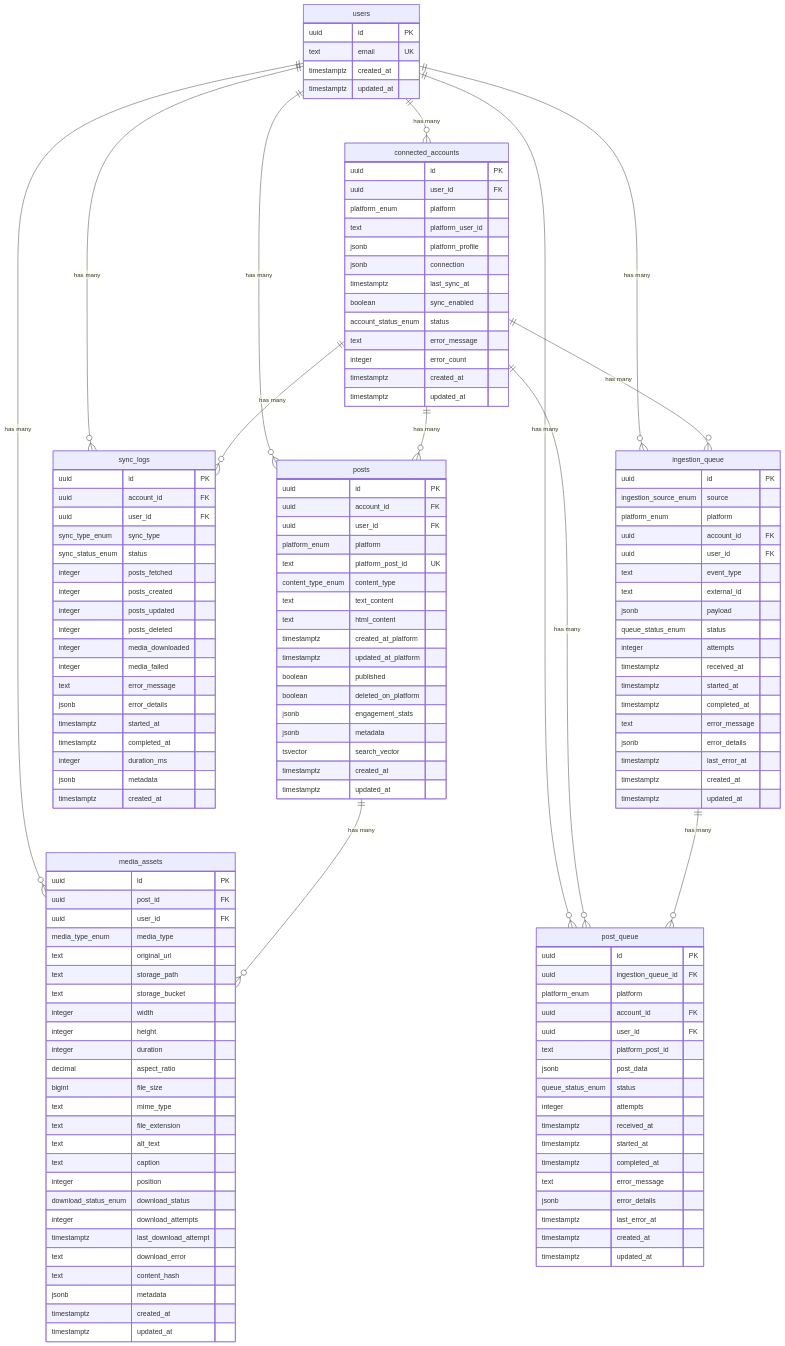
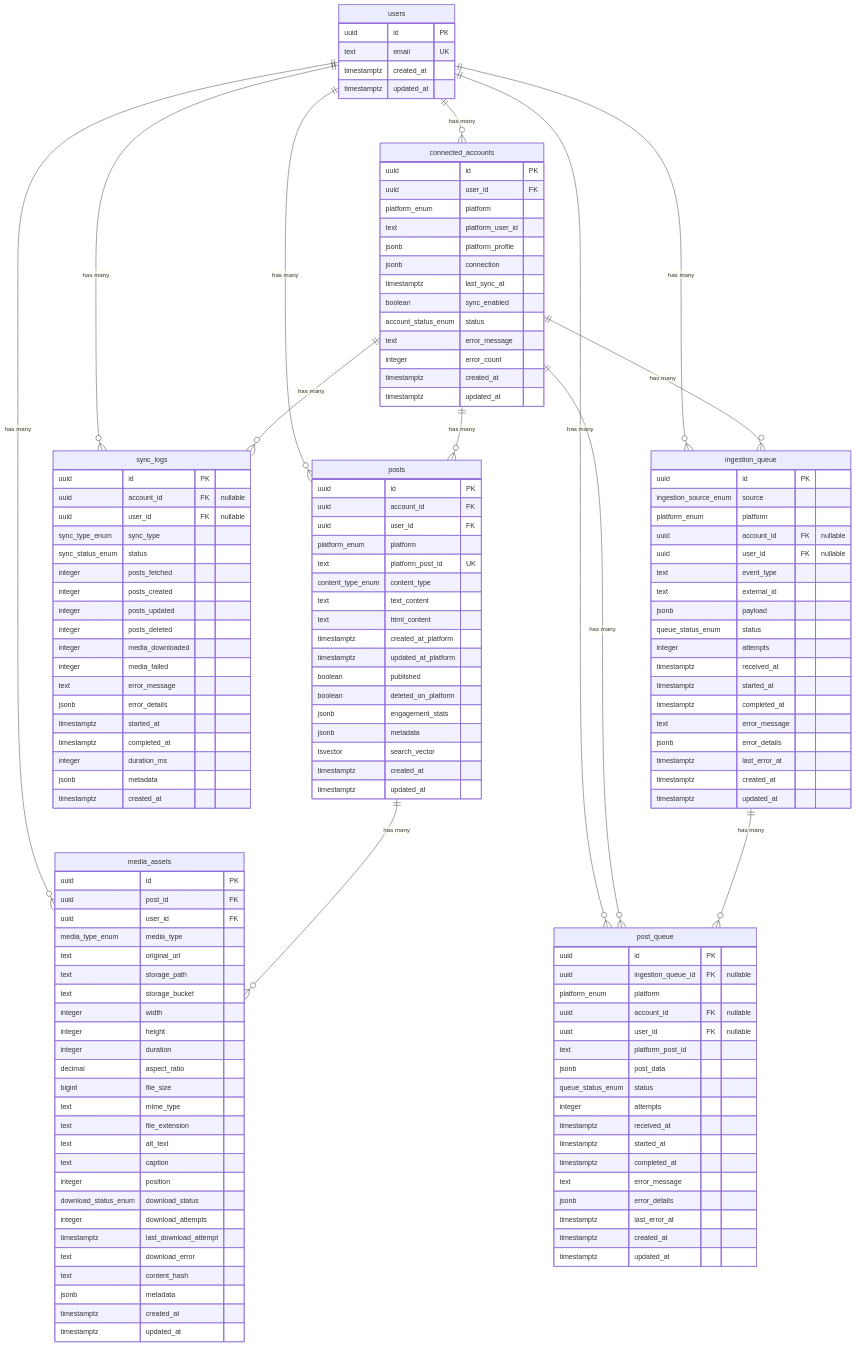
Before and after one commit to achan/trove: the diagram in docs/schema.mmd, drawn with Mermaid.

Commit message:
Update schema

```diff
--- a/docs/schema.mmd
+++ b/docs/schema.mmd
@@ -1,146 +1,146 @@
 erDiagram
     users ||--o{ connected_accounts : "has many"
     users ||--o{ posts : "has many"
     users ||--o{ media_assets : "has many"
     users ||--o{ sync_logs : "has many"
     users ||--o{ ingestion_queue : "has many"
     users ||--o{ post_queue : "has many"
     connected_accounts ||--o{ posts : "has many"
     connected_accounts ||--o{ sync_logs : "has many"
     connected_accounts ||--o{ ingestion_queue : "has many"
     connected_accounts ||--o{ post_queue : "has many"
     ingestion_queue ||--o{ post_queue : "has many"
     posts ||--o{ media_assets : "has many"
 
     users {
         uuid id PK
         text email UK
         timestamptz created_at
         timestamptz updated_at
     }
 
     connected_accounts {
         uuid id PK
         uuid user_id FK
         platform_enum platform
         text platform_user_id
         jsonb platform_profile
         jsonb connection
         timestamptz last_sync_at
         boolean sync_enabled
         account_status_enum status
         text error_message
         integer error_count
         timestamptz created_at
         timestamptz updated_at
     }
 
     posts {
         uuid id PK
         uuid account_id FK
         uuid user_id FK
         platform_enum platform
         text platform_post_id UK
         content_type_enum content_type
         text text_content
         text html_content
         timestamptz created_at_platform
         timestamptz updated_at_platform
         boolean published
         boolean deleted_on_platform
         jsonb engagement_stats
         jsonb metadata
         tsvector search_vector
         timestamptz created_at
         timestamptz updated_at
     }
 
     media_assets {
         uuid id PK
         uuid post_id FK
         uuid user_id FK
         media_type_enum media_type
         text original_url
         text storage_path
         text storage_bucket
         integer width
         integer height
         integer duration
         decimal aspect_ratio
         bigint file_size
         text mime_type
         text file_extension
         text alt_text
         text caption
         integer position
         download_status_enum download_status
         integer download_attempts
         timestamptz last_download_attempt
         text download_error
         text content_hash
         jsonb metadata
         timestamptz created_at
         timestamptz updated_at
     }
 
     sync_logs {
         uuid id PK
-        uuid account_id FK
-        uuid user_id FK
+        uuid account_id FK "nullable"
+        uuid user_id FK "nullable"
         sync_type_enum sync_type
         sync_status_enum status
         integer posts_fetched
         integer posts_created
         integer posts_updated
         integer posts_deleted
         integer media_downloaded
         integer media_failed
         text error_message
         jsonb error_details
         timestamptz started_at
         timestamptz completed_at
         integer duration_ms
         jsonb metadata
         timestamptz created_at
     }
 
     ingestion_queue {
         uuid id PK
         ingestion_source_enum source
         platform_enum platform
-        uuid account_id FK
-        uuid user_id FK
+        uuid account_id FK "nullable"
+        uuid user_id FK "nullable"
         text event_type
         text external_id
         jsonb payload
         queue_status_enum status
         integer attempts
         timestamptz received_at
         timestamptz started_at
         timestamptz completed_at
         text error_message
         jsonb error_details
         timestamptz last_error_at
         timestamptz created_at
         timestamptz updated_at
     }
 
     post_queue {
         uuid id PK
-        uuid ingestion_queue_id FK
+        uuid ingestion_queue_id FK "nullable"
         platform_enum platform
-        uuid account_id FK
-        uuid user_id FK
+        uuid account_id FK "nullable"
+        uuid user_id FK "nullable"
         text platform_post_id
         jsonb post_data
         queue_status_enum status
         integer attempts
         timestamptz received_at
         timestamptz started_at
         timestamptz completed_at
         text error_message
         jsonb error_details
         timestamptz last_error_at
         timestamptz created_at
         timestamptz updated_at
     }
```
